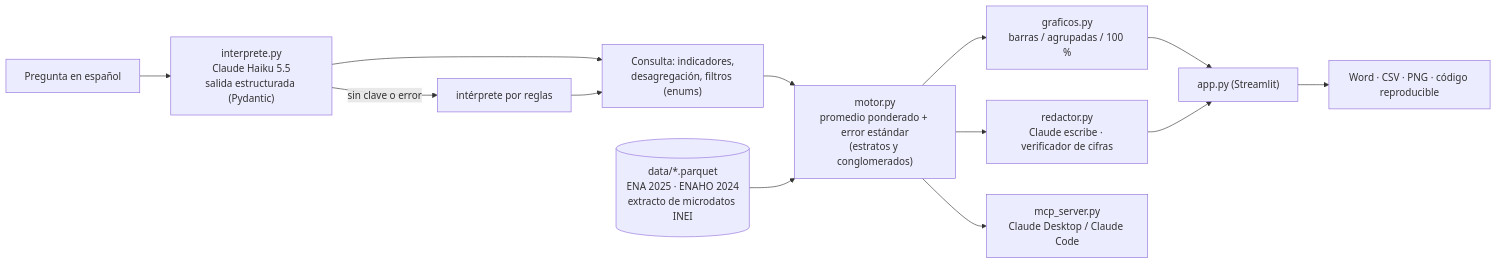
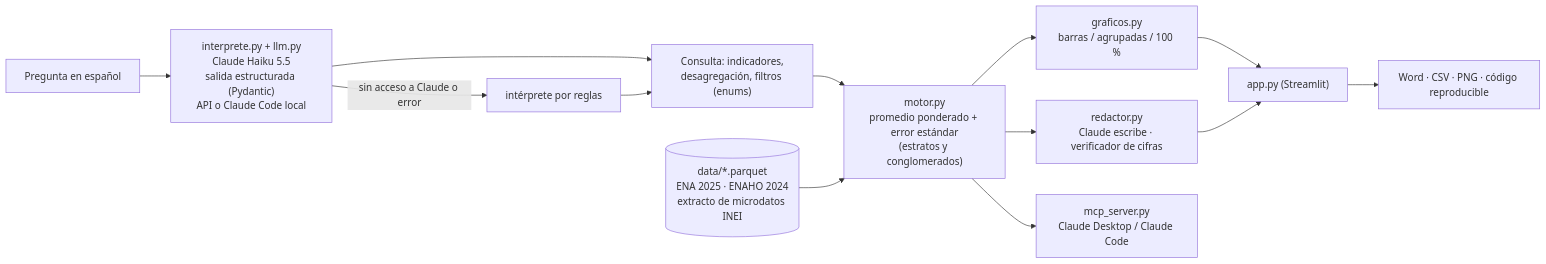
One commit to loryac21-cyber/cifralista changed the diagram in README.md. Above: the diagram before and after it, drawn with Mermaid. The commit also changed other lines of this file and 5 other files, not shown here.

Commit message:
Claude sin clave de API: modo Claude Code local con salida estructurada; costo medido; README y guion actualizados

````diff
--- a/README.md
+++ b/README.md
@@ -116,15 +126,15 @@
 ```mermaid
 flowchart LR
-    U["Pregunta en español"] --> I["interprete.py<br/>Claude Haiku 5.5<br/>salida estructurada (Pydantic)"]
-    I -->|"sin clave o error"| R["intérprete por reglas"]
+    U["Pregunta en español"] --> I["interprete.py + llm.py<br/>Claude Haiku 5.5<br/>salida estructurada (Pydantic)<br/>API o Claude Code local"]
+    I -->|"sin acceso a Claude o error"| R["intérprete por reglas"]
     I --> C["Consulta: indicadores,<br/>desagregación, filtros (enums)"]
     R --> C
     C --> M["motor.py<br/>promedio ponderado + error estándar<br/>(estratos y conglomerados)"]
     D[("data/*.parquet<br/>ENA 2025 · ENAHO 2024<br/>extracto de microdatos INEI")] --> M
     M --> G["graficos.py<br/>barras / agrupadas / 100 %"]
     M --> W["redactor.py<br/>Claude escribe · verificador de cifras"]
     G --> A["app.py (Streamlit)"]
     W --> A
     A --> X["Word · CSV · PNG · código reproducible"]
     M --> P["mcp_server.py<br/>Claude Desktop / Claude Code"]
 ```
````
